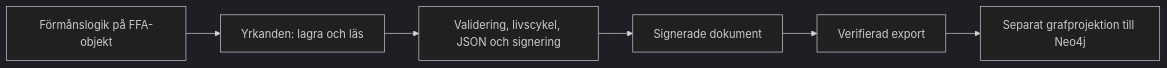
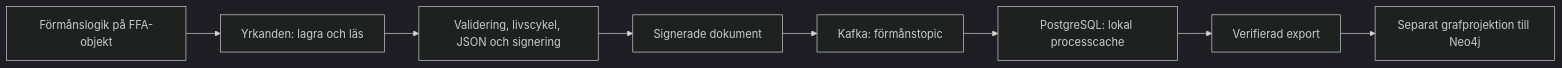
One commit to FrodeRanders/ffa changed the diagram in README.md. Above: the diagram before and after it, drawn with Mermaid (dark theme). The commit also changed other lines of this file and 28 other files, not shown here.

Commit message:
Utöka demon med Kafka-leveranser och PostgreSQL-cache

````diff
--- a/README.md
+++ b/README.md
@@ -45,8 +57,10 @@
 ```mermaid
 flowchart LR
     A[Förmånslogik på FFA-objekt] --> B[Yrkanden: lagra och läs]
     B --> C[Validering, livscykel, JSON och signering]
     C --> D[Signerade dokument]
-    D --> E[Verifierad export]
+    D --> K[Kafka: förmånstopic]
+    K --> P[PostgreSQL: lokal processcache]
+    P --> E[Verifierad export]
     E --> F[Separat grafprojektion till Neo4j]
 ```
````
